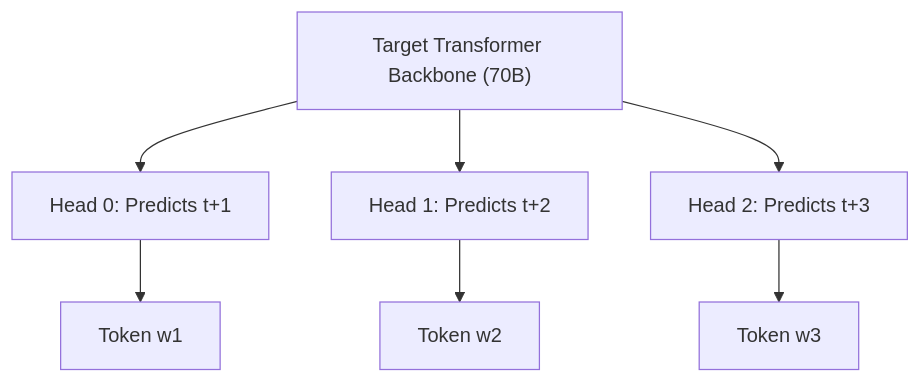
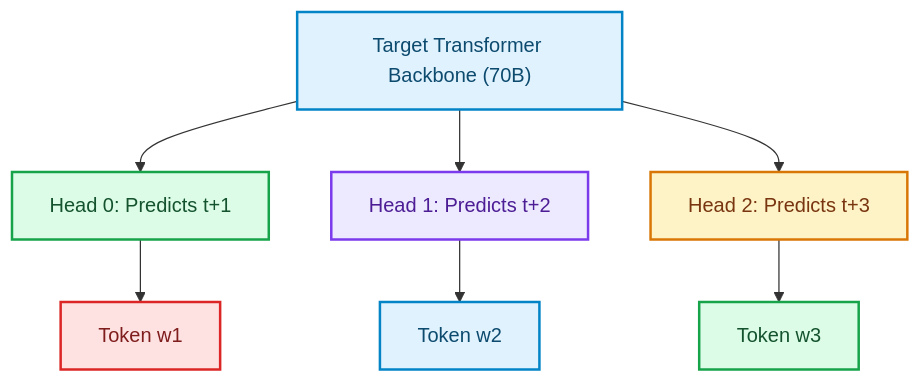
The third of 4 diagrams in blog/posts/speculative-decoding-medusa-tree-attention-accelerating-llm-inference.md (akmalkhaniub/akmalkhaniub.github.io), drawn with Mermaid before and after one commit. The commit also changed other lines of this file and 1291 other files, not shown here.

First line of the commit message:
feat(catalog): unique covers, scholarly references, and diagram palettes

````diff
--- a/blog/posts/speculative-decoding-medusa-tree-attention-accelerating-llm-inference.md
+++ b/blog/posts/speculative-decoding-medusa-tree-attention-accelerating-llm-inference.md
@@ -88,9 +99,20 @@
 ```mermaid
 flowchart TD
   Backbone["Target Transformer Backbone (70B)"] --> H0["Head 0: Predicts t+1"]
   Backbone --> H1["Head 1: Predicts t+2"]
   Backbone --> H2["Head 2: Predicts t+3"]
   H0 --> T1["Token w1"]
   H1 --> T2["Token w2"]
   H2 --> T3["Token w3"]
+
+classDef green fill:#dcfce7,stroke:#16a34a,stroke-width:2px,color:#14532d;
+classDef red fill:#fee2e2,stroke:#dc2626,stroke-width:2px,color:#7f1d1d;
+classDef blue fill:#e0f2fe,stroke:#0284c7,stroke-width:2px,color:#0c4a6e;
+classDef yellow fill:#fef3c7,stroke:#d97706,stroke-width:2px,color:#78350f;
+classDef purple fill:#ede9fe,stroke:#7c3aed,stroke-width:2px,color:#4c1d95;
+class Backbone,T2 blue
+class H0,T3 green
+class H1 purple
+class H2 yellow
+class T1 red
 ```
````
